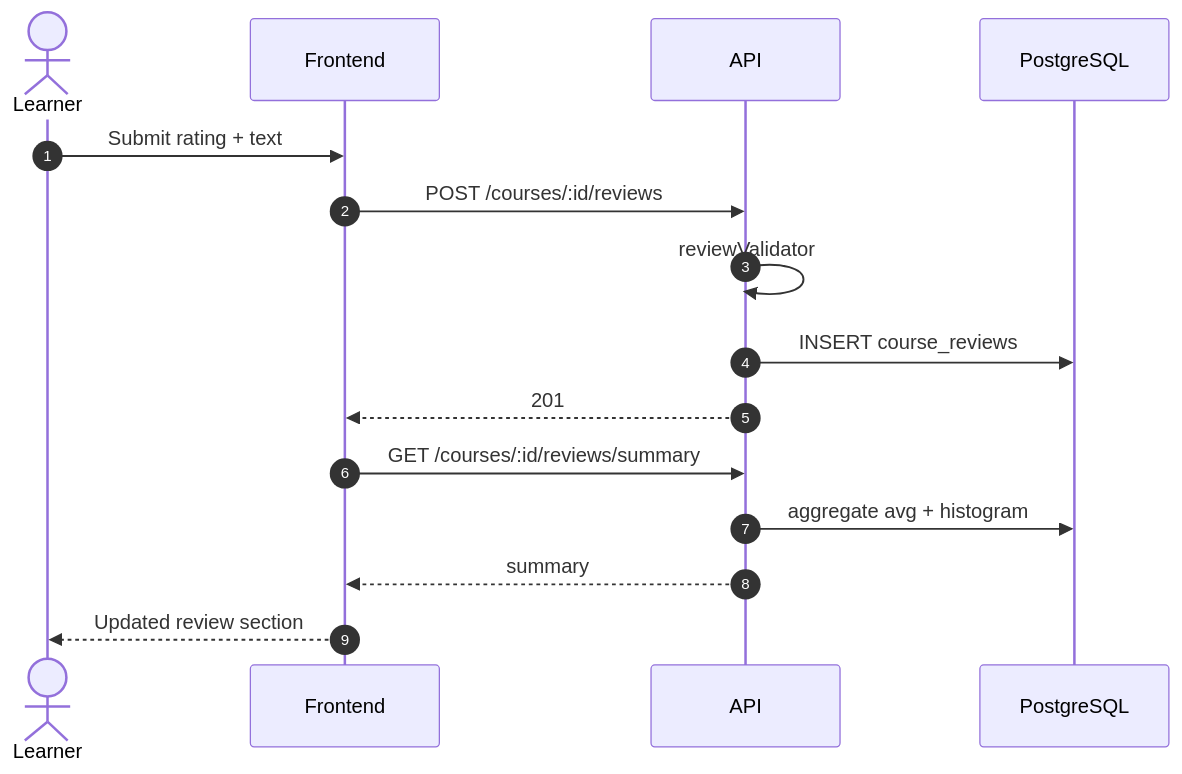
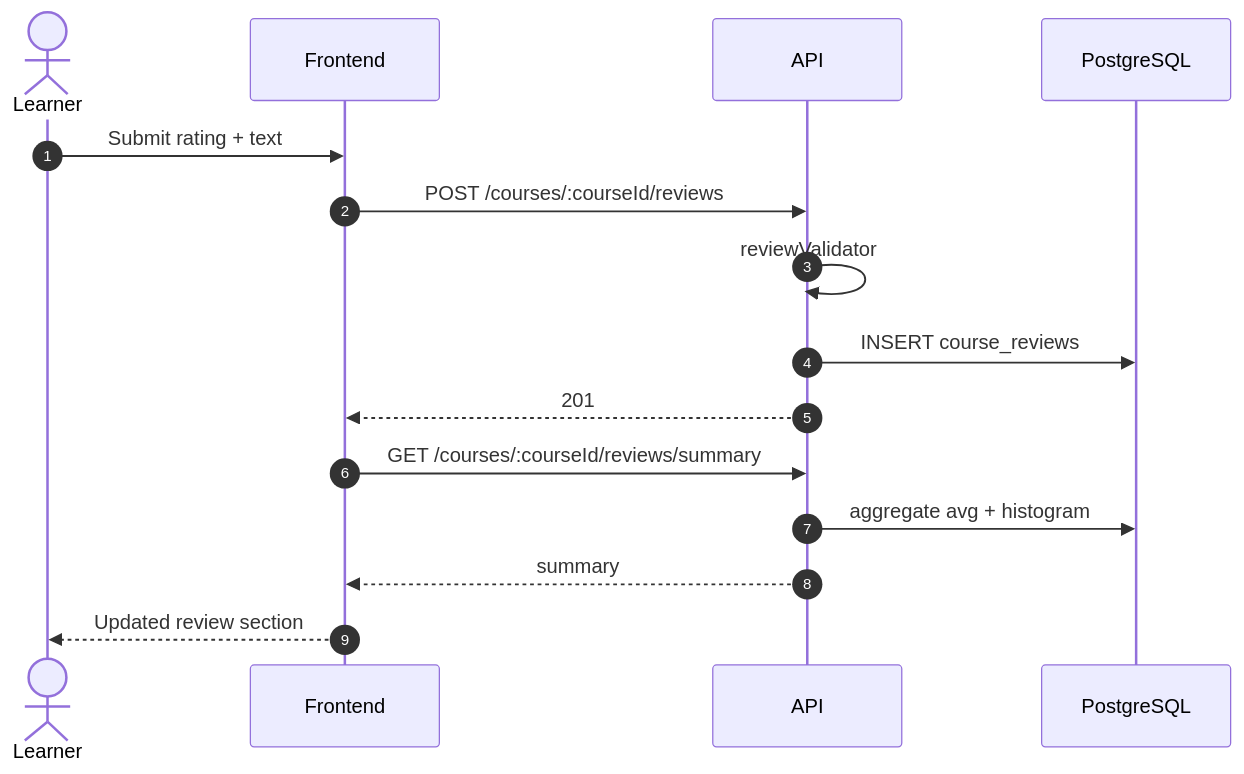
One commit to Rafy-Tho/LearnSphere changed the seventh of 12 diagrams in docs/diagrams/sequence-diagrams.md. Above: the diagram before and after it, drawn with Mermaid. The commit also changed other lines of this file and 65 other files, not shown here.

````diff
--- a/docs/diagrams/sequence-diagrams.md
+++ b/docs/diagrams/sequence-diagrams.md
@@ -160,18 +161,18 @@
 ```mermaid
 sequenceDiagram
   autonumber
   actor L as Learner
   participant F as Frontend
   participant A as API
   participant DB as PostgreSQL
 
   L->>F: Submit rating + text
-  F->>A: POST /courses/:id/reviews
+  F->>A: POST /courses/:courseId/reviews
   A->>A: reviewValidator
   A->>DB: INSERT course_reviews
   A-->>F: 201
-  F->>A: GET /courses/:id/reviews/summary
+  F->>A: GET /courses/:courseId/reviews/summary
   A->>DB: aggregate avg + histogram
   A-->>F: summary
   F-->>L: Updated review section
 ```
````
